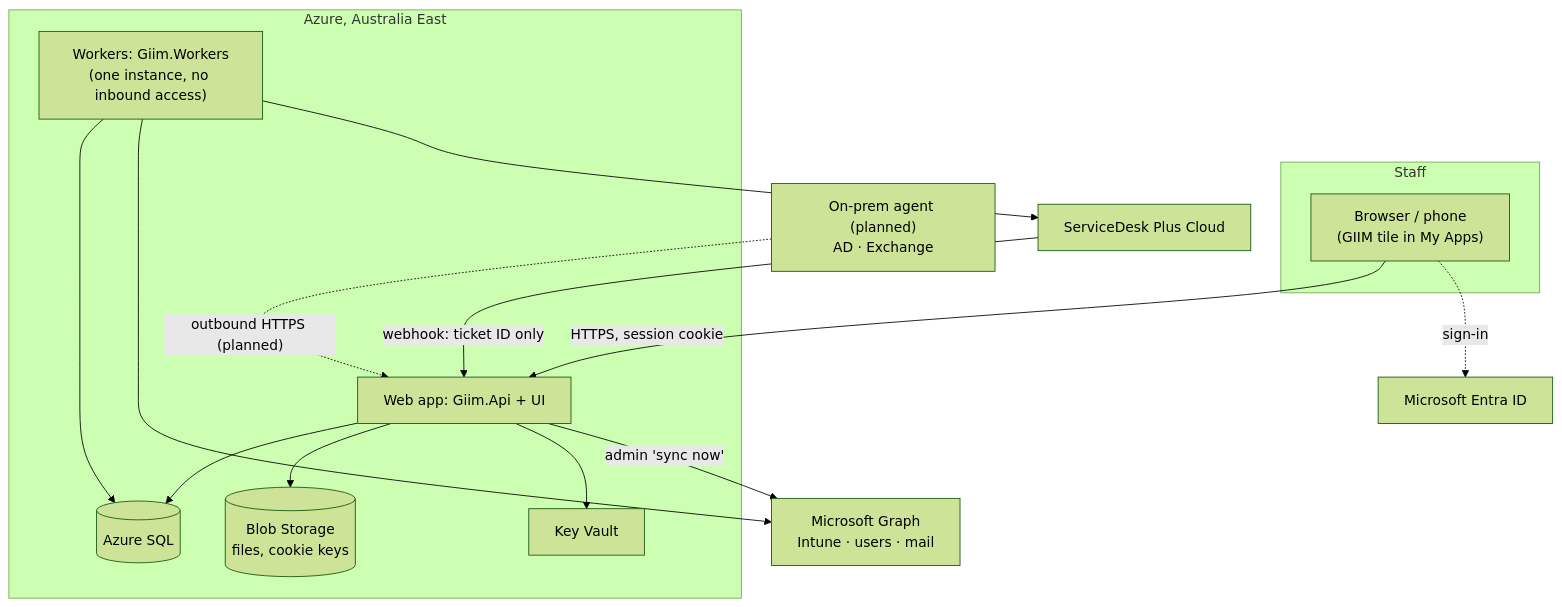
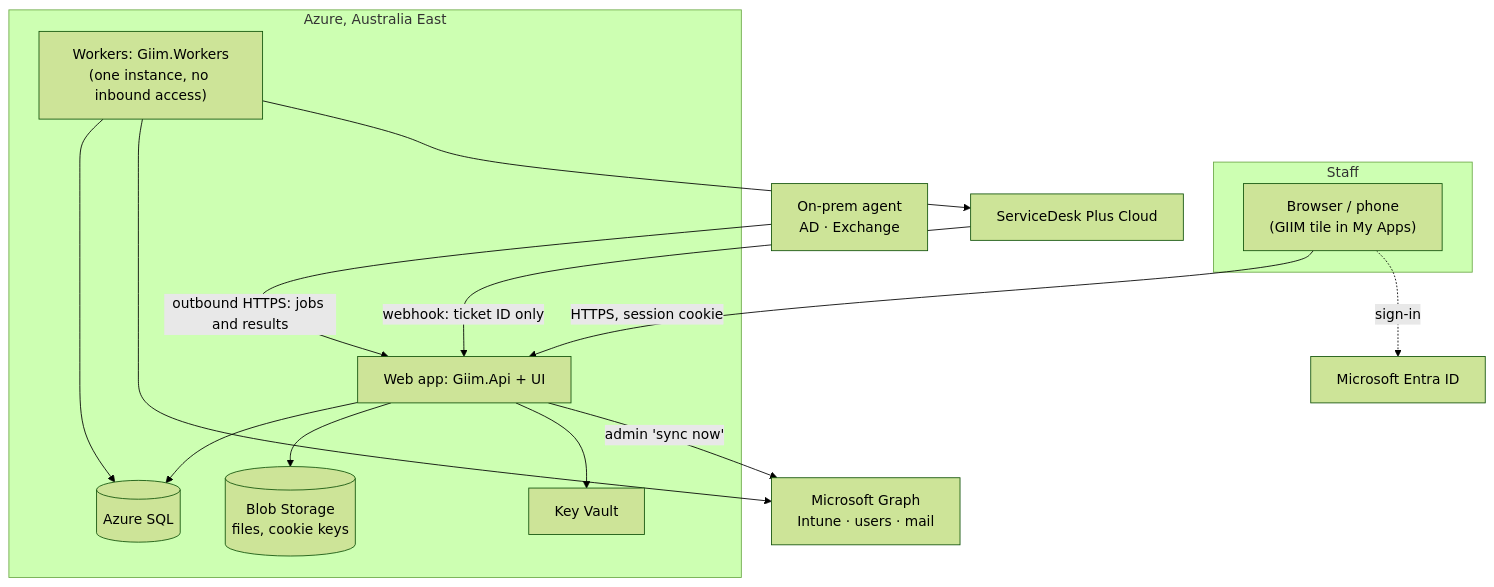
One commit to harrywardy-cmd/GIIM changed the second of 4 diagrams in docs/design.md. Above: the diagram before and after it, drawn with Mermaid (forest theme). The commit also changed other lines of this file and 58 other files, not shown here.

First line of the commit message:
feat(automation): starter automation through an on-prem agent, with a stand-in directory

````diff
--- a/docs/design.md
+++ b/docs/design.md
@@ -78,29 +81,29 @@
 ```mermaid
 flowchart TB
   subgraph Staff
     Browser["Browser / phone<br/>(GIIM tile in My Apps)"]
   end
   subgraph Azure["Azure, Australia East"]
     Api["Web app: Giim.Api + UI"]
     Workers["Workers: Giim.Workers<br/>(one instance, no inbound access)"]
     Sql[("Azure SQL")]
     Blob[("Blob Storage<br/>files, cookie keys")]
     Kv["Key Vault"]
   end
   Entra["Microsoft Entra ID"]
   Graph["Microsoft Graph<br/>Intune · users · mail"]
   Sdp["ServiceDesk Plus Cloud"]
-  Agent["On-prem agent (planned)<br/>AD · Exchange"]
+  Agent["On-prem agent<br/>AD · Exchange"]
 
   Browser -- "HTTPS, session cookie" --> Api
   Browser -. "sign-in" .-> Entra
   Api --> Sql
   Api --> Blob
   Api --> Kv
   Workers --> Sql
   Workers --> Graph
   Workers --> Sdp
   Api -- "admin 'sync now'" --> Graph
   Sdp -- "webhook: ticket ID only" --> Api
-  Agent -. "outbound HTTPS (planned)" .-> Api
+  Agent -- "outbound HTTPS: jobs and results" --> Api
 ```
````
